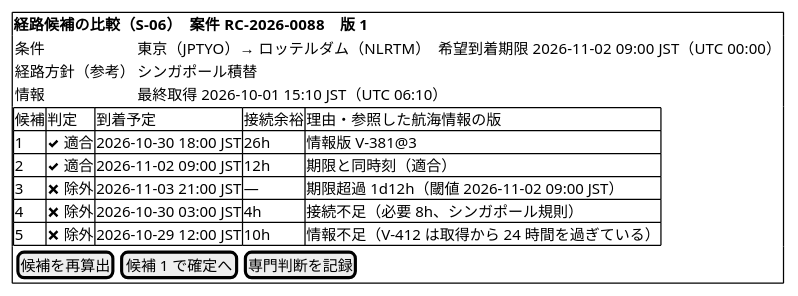
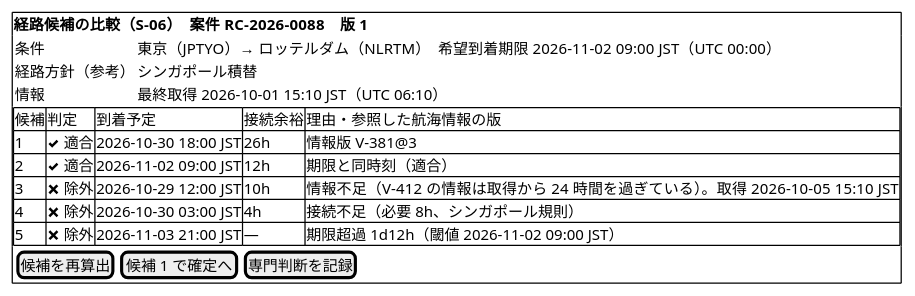
Diagram 22 of 37 in docs/design/cargo-tracker/ui_design.md (k2works/practical-domain-driven-design-in-enterpris-application), drawn with PlantUML before and after one commit. The commit also changed other lines of this file and 20 other files, not shown here.

````diff
--- a/docs/design/cargo-tracker/ui_design.md
+++ b/docs/design/cargo-tracker/ui_design.md
@@ -1062,21 +1062,21 @@
 ```plantuml
 @startsalt
 {+
   <b>経路候補の比較（S-06）　案件 RC-2026-0088　版 1
   {
     条件 | 東京（JPTYO）→ ロッテルダム（NLRTM）　希望到着期限 2026-11-02 09:00 JST（UTC 00:00）
     経路方針（参考） | シンガポール積替
     情報 | 最終取得 2026-10-01 15:10 JST（UTC 06:10）
   }
   {#
     候補 | 判定 | 到着予定 | 接続余裕 | 理由・参照した航海情報の版
     1 | <&check> 適合 | 2026-10-30 18:00 JST | 26h | 情報版 V-381@3
     2 | <&check> 適合 | 2026-11-02 09:00 JST | 12h | 期限と同時刻（適合）
-    3 | <&x> 除外 | 2026-11-03 21:00 JST | — | 期限超過 1d12h（閾値 2026-11-02 09:00 JST）
+    3 | <&x> 除外 | 2026-10-29 12:00 JST | 10h | 情報不足（V-412 の情報は取得から 24 時間を過ぎている）。取得 2026-10-05 15:10 JST
     4 | <&x> 除外 | 2026-10-30 03:00 JST | 4h | 接続不足（必要 8h、シンガポール規則）
-    5 | <&x> 除外 | 2026-10-29 12:00 JST | 10h | 情報不足（V-412 は取得から 24 時間を過ぎている）
+    5 | <&x> 除外 | 2026-11-03 21:00 JST | — | 期限超過 1d12h（閾値 2026-11-02 09:00 JST）
   }
   { [ 候補を再算出 ] | [ 候補 1 で確定へ ] | [ 専門判断を記録 ] }
 }
 @endsalt
 ```
````
